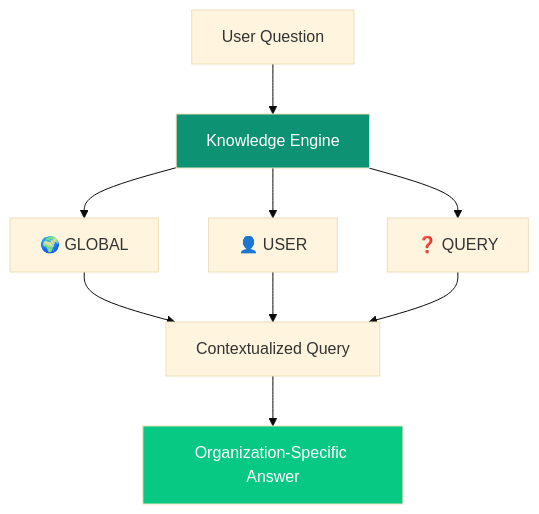
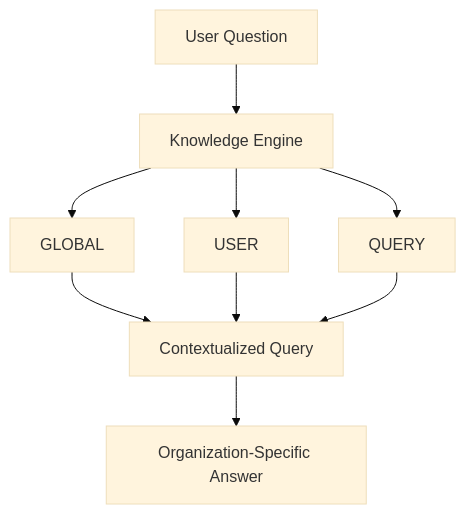
Before and after one commit to ashishsuperatom/tech-docs: the first of 6 diagrams in ip/tribal-knowledge.mdx, drawn with Mermaid (base theme). The commit also changed other lines of this file and 37 other files, not shown here.

First line of the commit message:
Clean up docs: remove em-dashes, fix mermaid diagrams, remove emojis

````diff
--- a/ip/tribal-knowledge.mdx
+++ b/ip/tribal-knowledge.mdx
@@ -37,10 +37,8 @@
 ```mermaid
 flowchart TD
     QUERY["User Question"] --> ENGINE["Knowledge Engine"]
-    ENGINE --> L1["🌍 GLOBAL"] & L2["👤 USER"] & L3["❓ QUERY"]
+    ENGINE --> L1["GLOBAL"] & L2["USER"] & L3["QUERY"]
     L1 & L2 & L3 --> CONTEXT["Contextualized Query"]
     CONTEXT --> ANSWER["Organization-Specific Answer"]
 
-    style ENGINE fill:#0D9373,color:#fff
-    style ANSWER fill:#07C983,color:#fff
 ```
````
